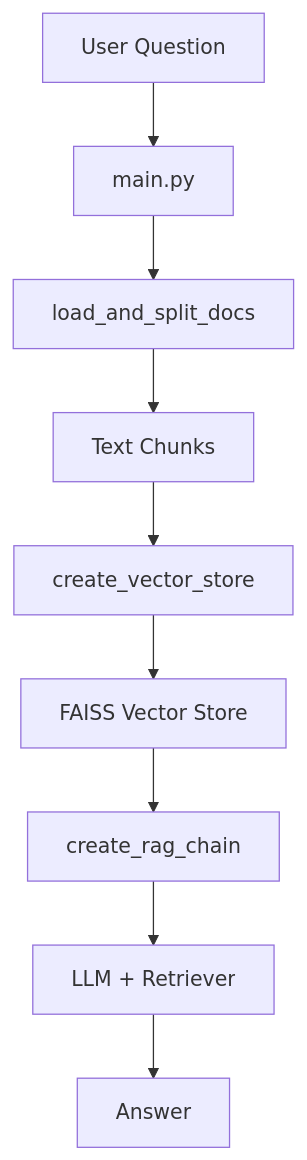
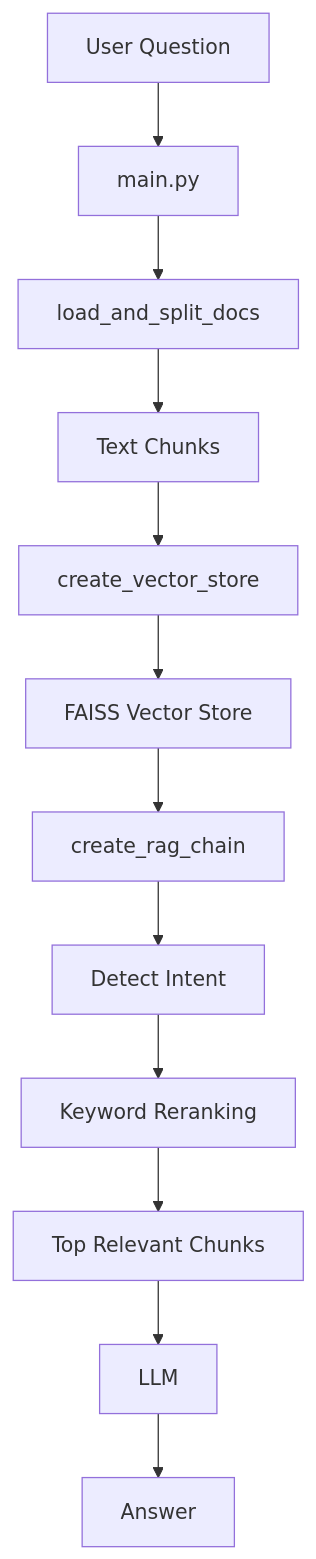
The first of 2 diagrams in README.md (MichaelOdera/Rag-Pipeline-using-Ollama), drawn with Mermaid before and after one commit. The commit also changed other lines of this file and 1 other file, not shown here.

Commit message:
added reranking and key-word search

````diff
--- a/README.md
+++ b/README.md
@@ -21,11 +22,14 @@
 ```mermaid
 flowchart TD
     A[User Question] --> B[main.py]
     B --> C[load_and_split_docs]
     C --> D[Text Chunks]
     D --> E[create_vector_store]
     E --> F[FAISS Vector Store]
     F --> G[create_rag_chain]
-    G --> H[LLM + Retriever]
-    H --> I[Answer]
+    G --> H[Detect Intent]
+    H --> I[Keyword Reranking]
+    I --> J[Top Relevant Chunks]
+    J --> K[LLM]
+    K --> L[Answer]
 ```
````
